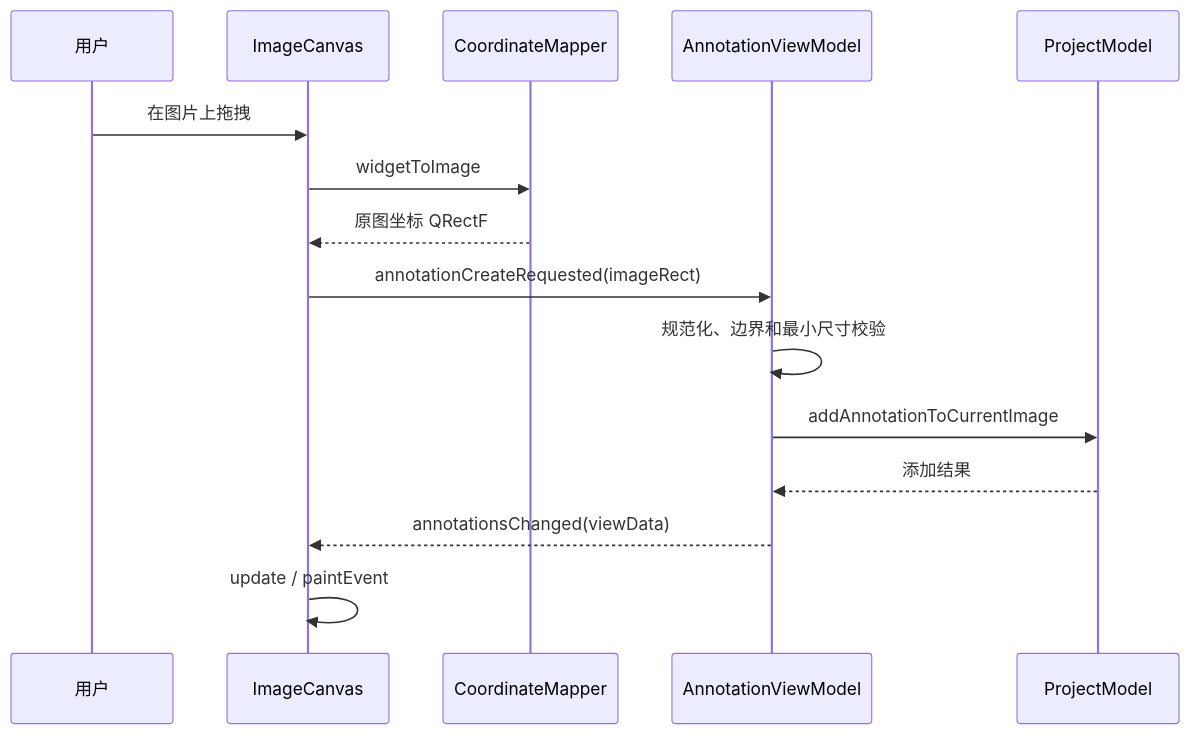
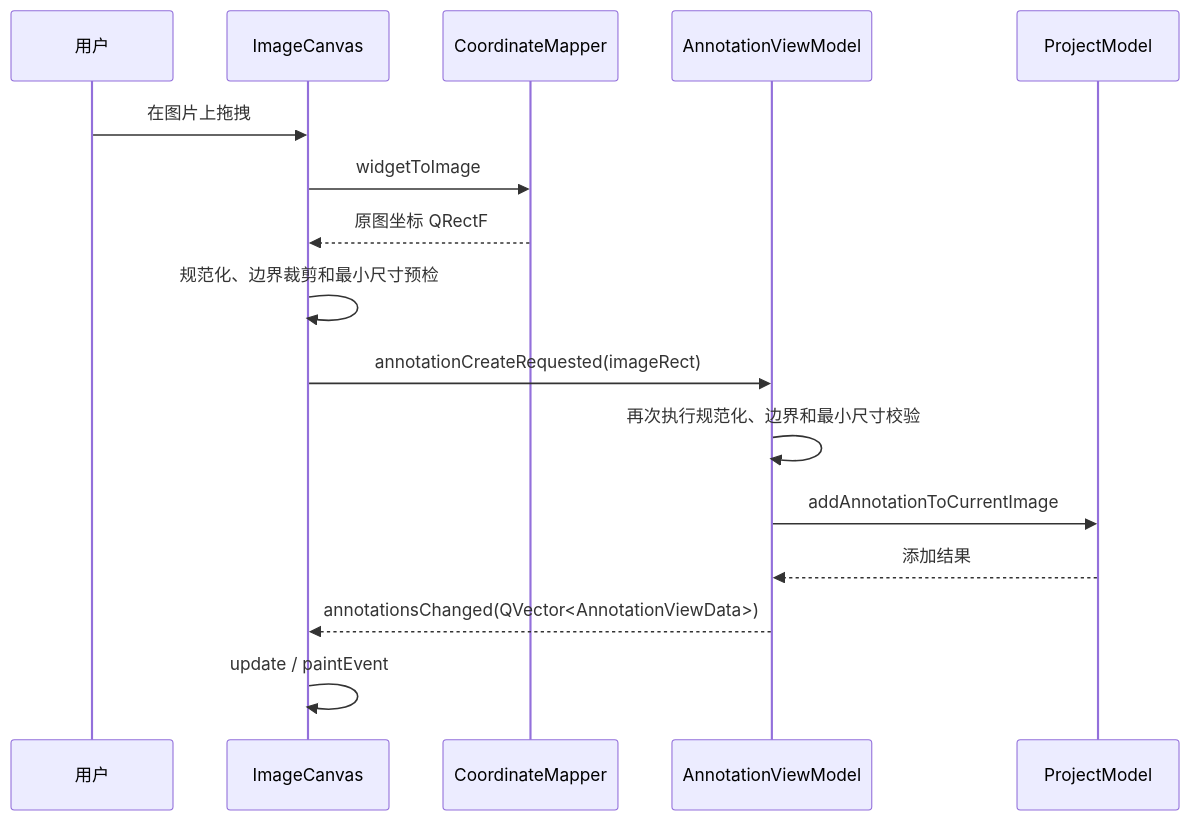
One commit to serein6174/PixelTagger changed the third of 3 diagrams in docs/experiment-report.md. Above: the diagram before and after it, drawn with Mermaid. The commit also changed other lines of this file and 4 other files, not shown here.

````diff
--- a/docs/experiment-report.md
+++ b/docs/experiment-report.md
@@ -88,18 +88,19 @@
 ```mermaid
 sequenceDiagram
     participant U as 用户
     participant C as ImageCanvas
     participant Map as CoordinateMapper
     participant VM as AnnotationViewModel
     participant M as ProjectModel
 
     U->>C: 在图片上拖拽
     C->>Map: widgetToImage
     Map-->>C: 原图坐标 QRectF
+    C->>C: 规范化、边界裁剪和最小尺寸预检
     C->>VM: annotationCreateRequested(imageRect)
-    VM->>VM: 规范化、边界和最小尺寸校验
+    VM->>VM: 再次执行规范化、边界和最小尺寸校验
     VM->>M: addAnnotationToCurrentImage
     M-->>VM: 添加结果
-    VM-->>C: annotationsChanged(viewData)
+    VM-->>C: annotationsChanged(QVector<AnnotationViewData>)
     C->>C: update / paintEvent
 ```
````
